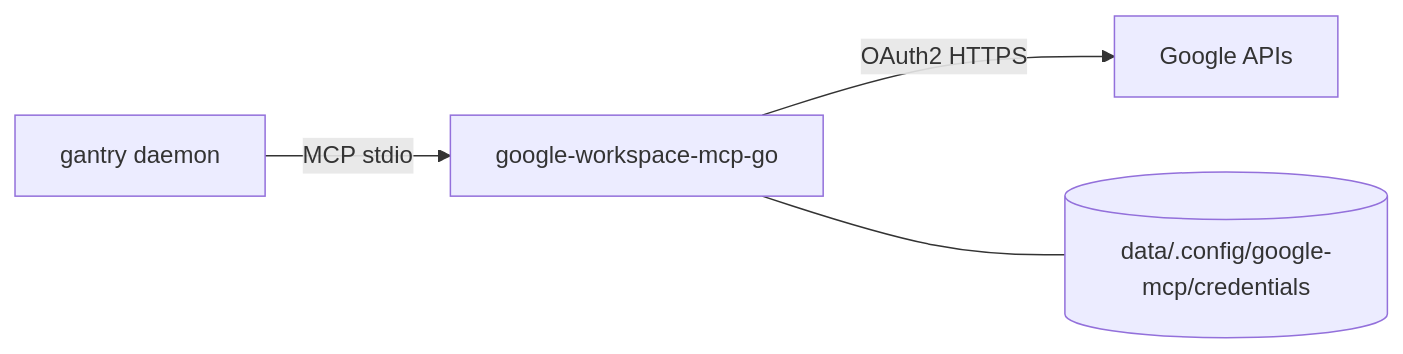
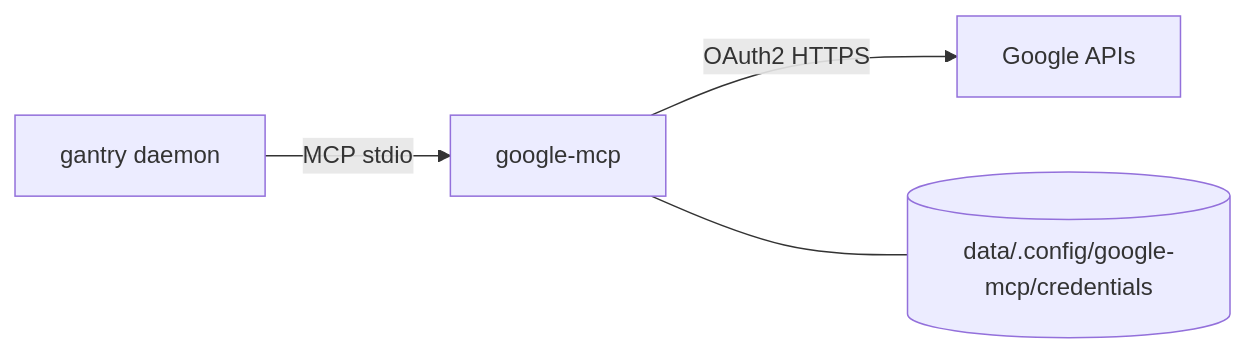
One commit to shotah/ai-gantry changed the diagram in local-agent/docs/google-workspace.md. Above: the diagram before and after it, drawn with Mermaid. The commit also changed other lines of this file and 29 other files, not shown here.

Commit message:
adding spark, and overhauling google mcp package

````diff
--- a/local-agent/docs/google-workspace.md
+++ b/local-agent/docs/google-workspace.md
@@ -12,6 +9,6 @@
 ```mermaid
 flowchart LR
-  GN[gantry daemon] -->|MCP stdio| GW[google-workspace-mcp-go]
+  GN[gantry daemon] -->|MCP stdio| GW[google-mcp]
   GW -->|OAuth2 HTTPS| API[Google APIs]
   GW --- TOK[("data/.config/google-mcp/credentials")]
 ```
````
